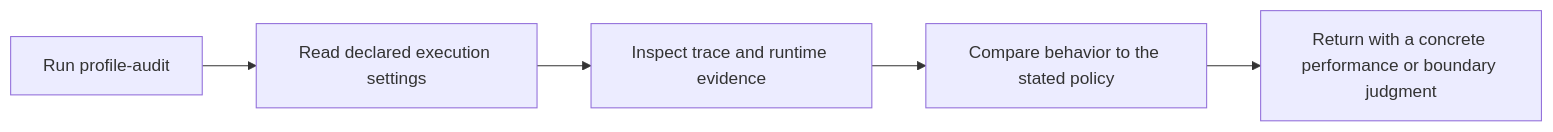
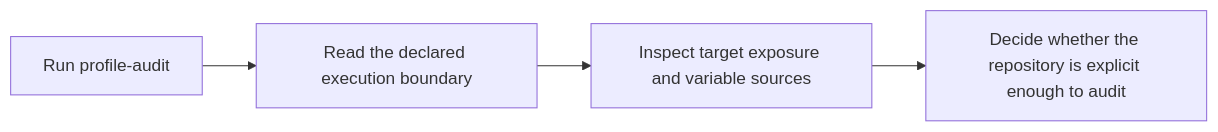
Before and after one commit to bijux/bijux-masterclass: the second of 2 diagrams in programs/reproducible-research/deep-dive-make/capstone/docs/PROFILE_AUDIT_GUIDE.md, drawn with Mermaid. The commit also changed other lines of this file, not shown here.

Commit message:
docs(capstone): correct deep-dive-make profile audit route

````diff
--- a/programs/reproducible-research/deep-dive-make/capstone/docs/PROFILE_AUDIT_GUIDE.md
+++ b/programs/reproducible-research/deep-dive-make/capstone/docs/PROFILE_AUDIT_GUIDE.md
@@ -22,7 +21,6 @@
 ```mermaid
 flowchart LR
-  command["Run profile-audit"] --> boundary["Read declared execution settings"]
-  boundary --> metrics["Inspect trace and runtime evidence"]
-  metrics --> policy["Compare behavior to the stated policy"]
-  policy --> review["Return with a concrete performance or boundary judgment"]
+  command["Run profile-audit"] --> boundary["Read the declared execution boundary"]
+  boundary --> precedence["Inspect target exposure and variable sources"]
+  precedence --> review["Decide whether the repository is explicit enough to audit"]
 ```
````
